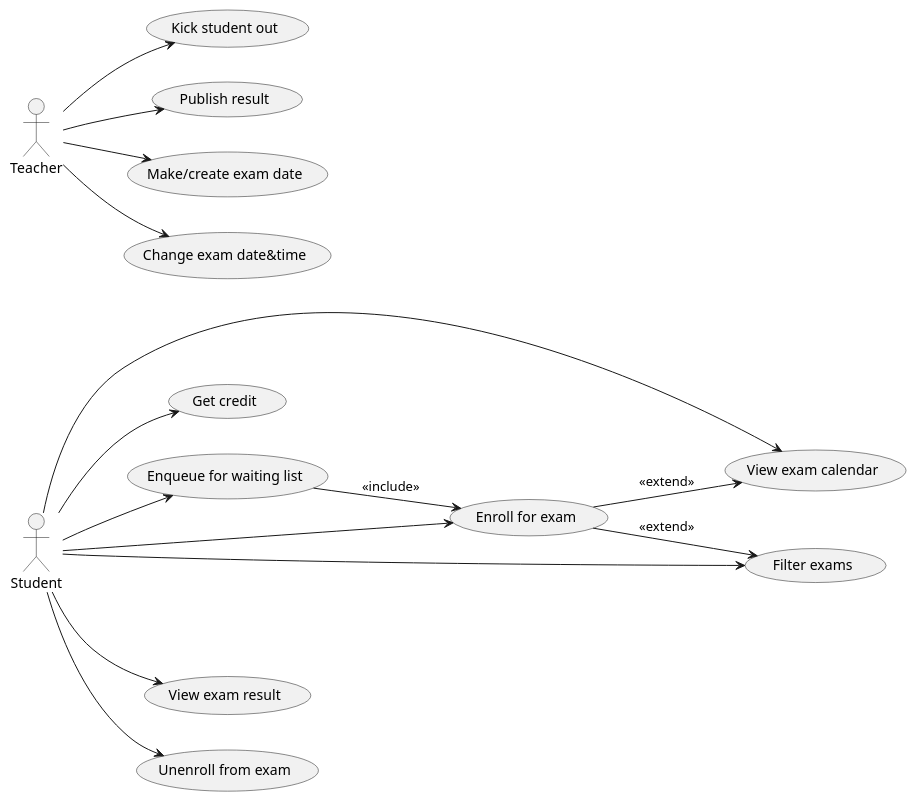
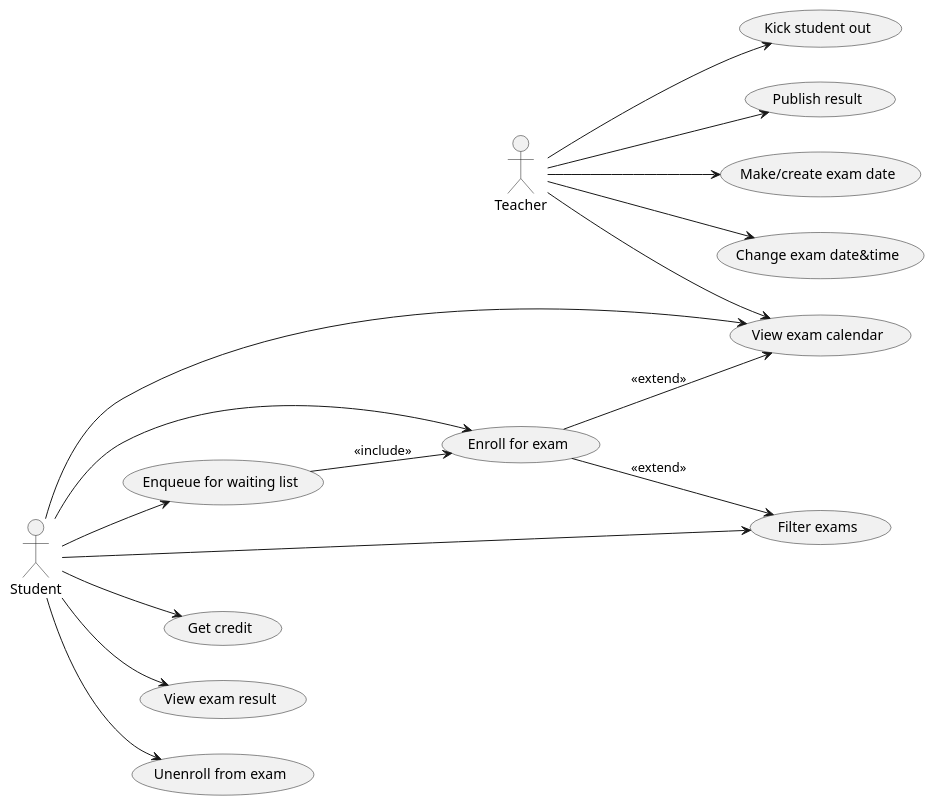
Before and after one commit to Fundeluk/nswi041-exams: the diagram in uml/use-case-diagram.plantuml, drawn with PlantUML. The commit also changed 2 other files, not shown here.

```diff
--- a/uml/use-case-diagram.plantuml
+++ b/uml/use-case-diagram.plantuml
@@ -1,33 +1,34 @@
 @startuml UseCases
 left to right direction
 actor Student as s
 actor Teacher as t
 usecase "Enroll for exam" as SI
 usecase "Get credit" as GC1
 usecase "Enqueue for waiting list" as QWL1
 usecase "View exam calendar" as VEC1
 usecase "Filter exams" as FE1
 usecase "View exam result" as VER1
 usecase "Unenroll from exam" as SO1
 usecase "Kick student out" as KSO1
 usecase "Publish result" as PR
 usecase "Make/create exam date" as MED
 usecase "Change exam date&time" as CED
  
 s --> GC1
 s --> QWL1
 s --> VEC1
 s --> FE1
 s --> VER1
 s --> SO1
 s --> SI
 
 QWL1 --> SI : <<include>>
 SI --> VEC1 : <<extend>>
 SI --> FE1 : <<extend>>
 
 t --> KSO1
 t --> PR
 t --> MED
 t --> CED
+t --> VEC1
 @enduml
```
